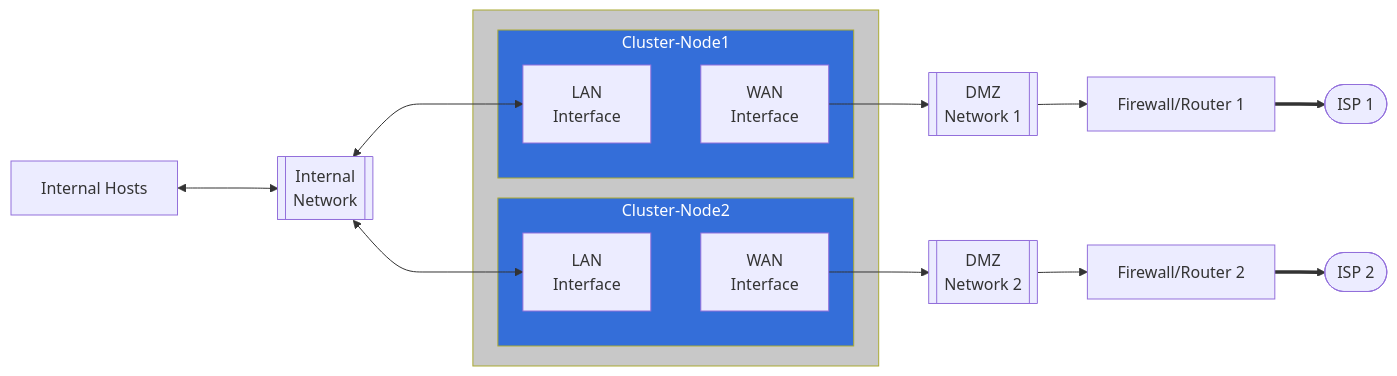
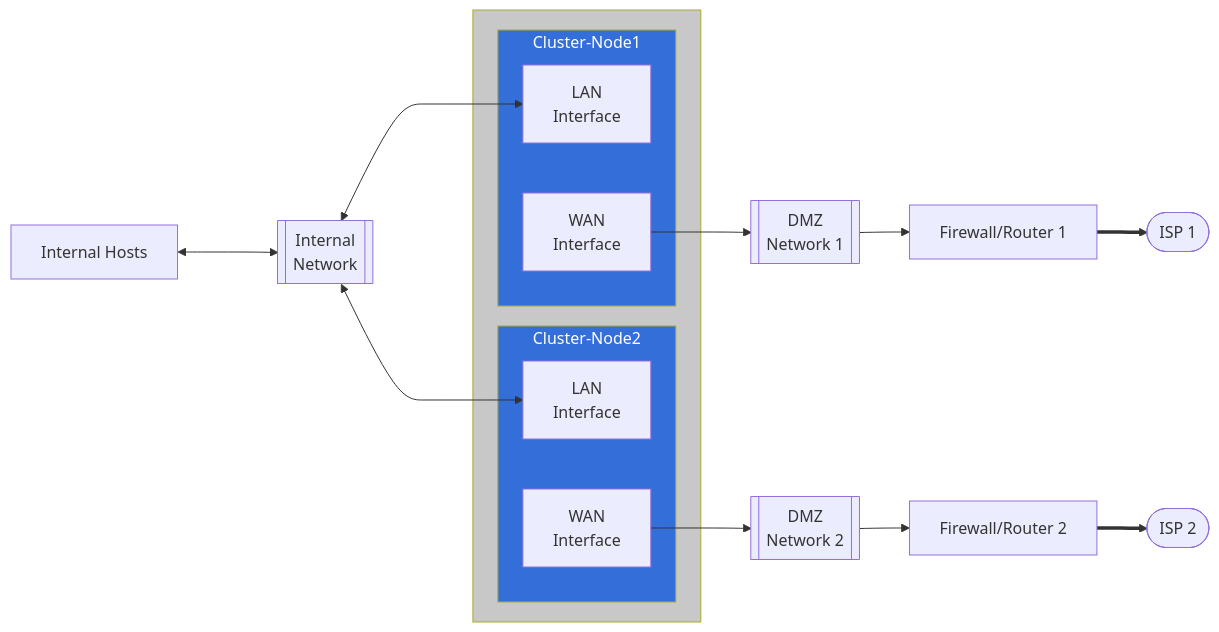
Before and after one commit to trustgrid/docs: the fourth of 5 diagrams in content/en/help-center/kb/wan-redunancy/index.md, drawn with Mermaid. The commit also changed other lines of this file, not shown here.

````diff
--- a/content/en/help-center/kb/wan-redunancy/index.md
+++ b/content/en/help-center/kb/wan-redunancy/index.md
@@ -121,27 +116,25 @@
 ``` mermaid
 graph LR
     intHost[Internal Hosts]
     intNet[[Internal\n Network]]
     intHost <---> intNet <---> cl1LAN & cl2LAN
     subgraph cluster [" "]
        subgraph Cluster-Node1
            cl1WAN[WAN\nInterface]
            cl1LAN[LAN\nInterface]
-           cl1LAN ~~~ cl1WAN
        end
        subgraph Cluster-Node2
            cl2WAN[WAN\nInterface]
            cl2LAN[LAN\nInterface]
-           cl2LAN ~~~ cl2WAN
        end
     end
     dmzNet1[[DMZ\n Network 1]]
     dmzNet2[[DMZ\n Network 2]]    
     firewall1["Firewall/Router 1"]
     firewall2["Firewall/Router 2"]
     cl1WAN --> dmzNet1 --> firewall1 ==> ISP1([ISP 1])
     cl2WAN --> dmzNet2 --> firewall2 ==> ISP2([ISP 2])
     classDef tgnode fill:#346ed9,color:white
     class Cluster-Node1,Cluster-Node2 tgnode
     style cluster fill:#c8c8c8
 ```
````
